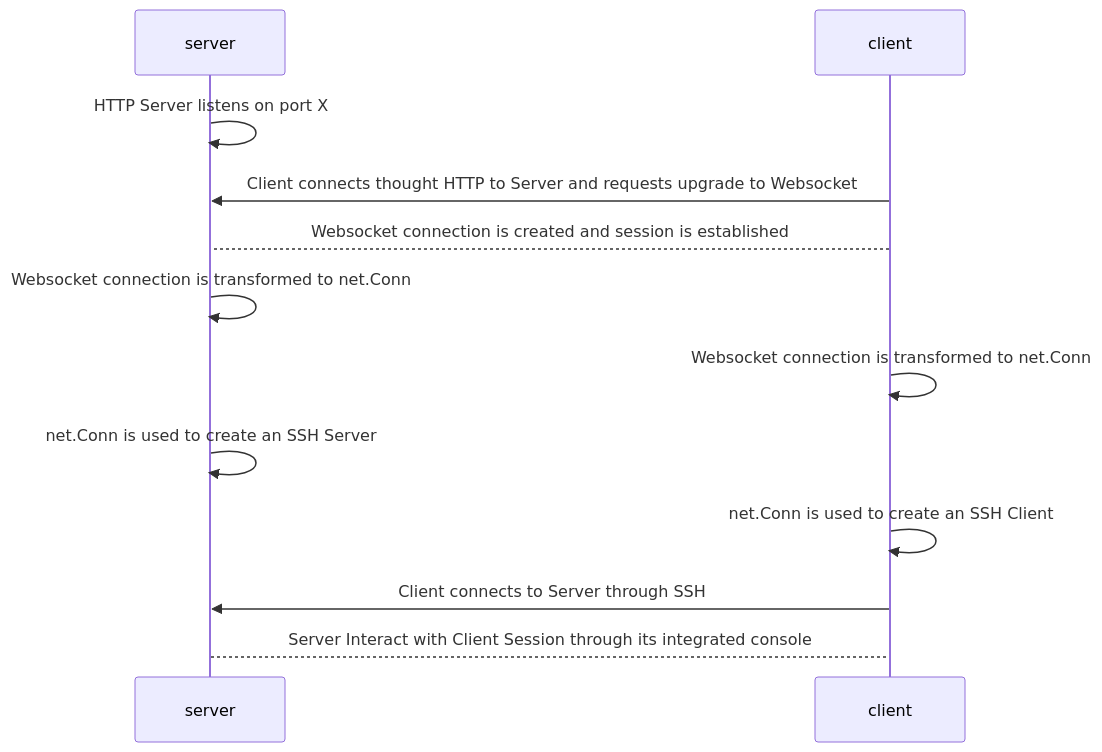
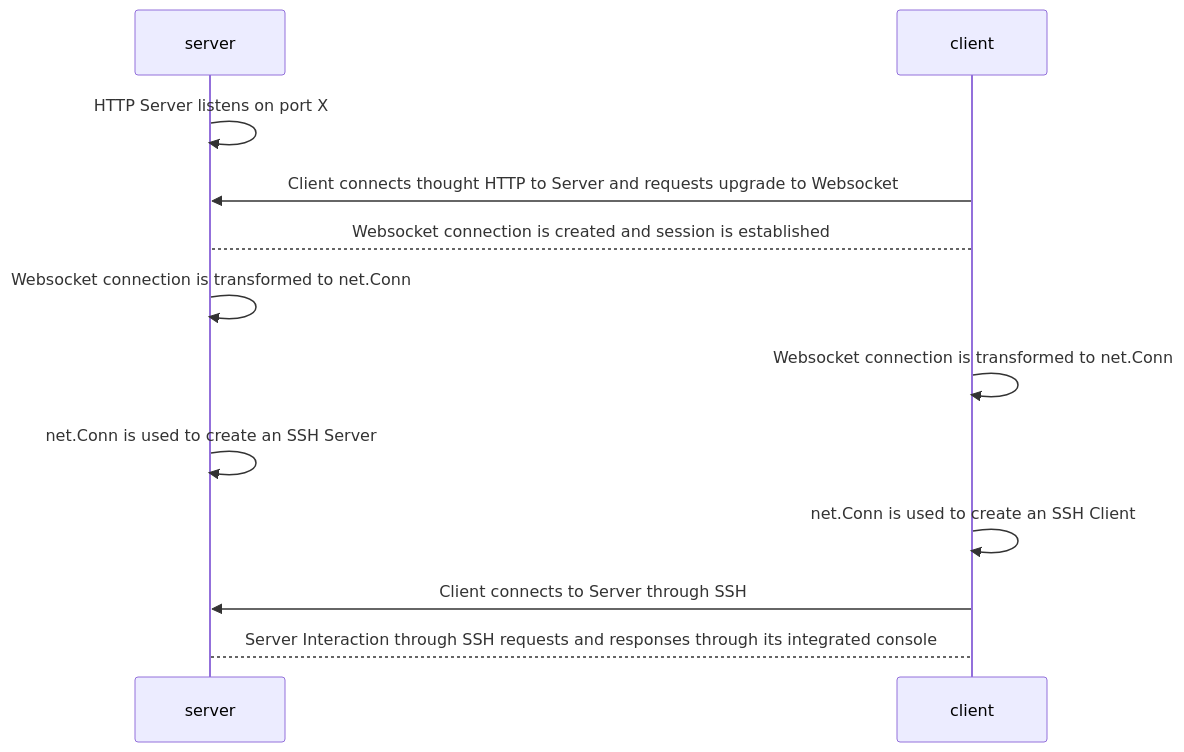
Before and after one commit to rurreac/slider: the diagram in README.md, drawn with Mermaid. The commit also changed other lines of this file and 13 other files, not shown here.

````diff
--- a/README.md
+++ b/README.md
@@ -29,14 +30,14 @@
 ```mermaid
 sequenceDiagram
     participant server
     participant client
     server ->> server: HTTP Server listens on port X
     client ->> server: Client connects thought HTTP to Server and requests upgrade to Websocket
     client --> server: Websocket connection is created and session is established
     server ->> server: Websocket connection is transformed to net.Conn
     client ->> client: Websocket connection is transformed to net.Conn
     server ->> server: net.Conn is used to create an SSH Server
     client ->> client: net.Conn is used to create an SSH Client
     client ->> server: Client connects to Server through SSH
-    server --> client: Server Interact with Client Session through its integrated console
+    server --> client: Server Interaction through SSH requests and responses through its integrated console
 ```
````
